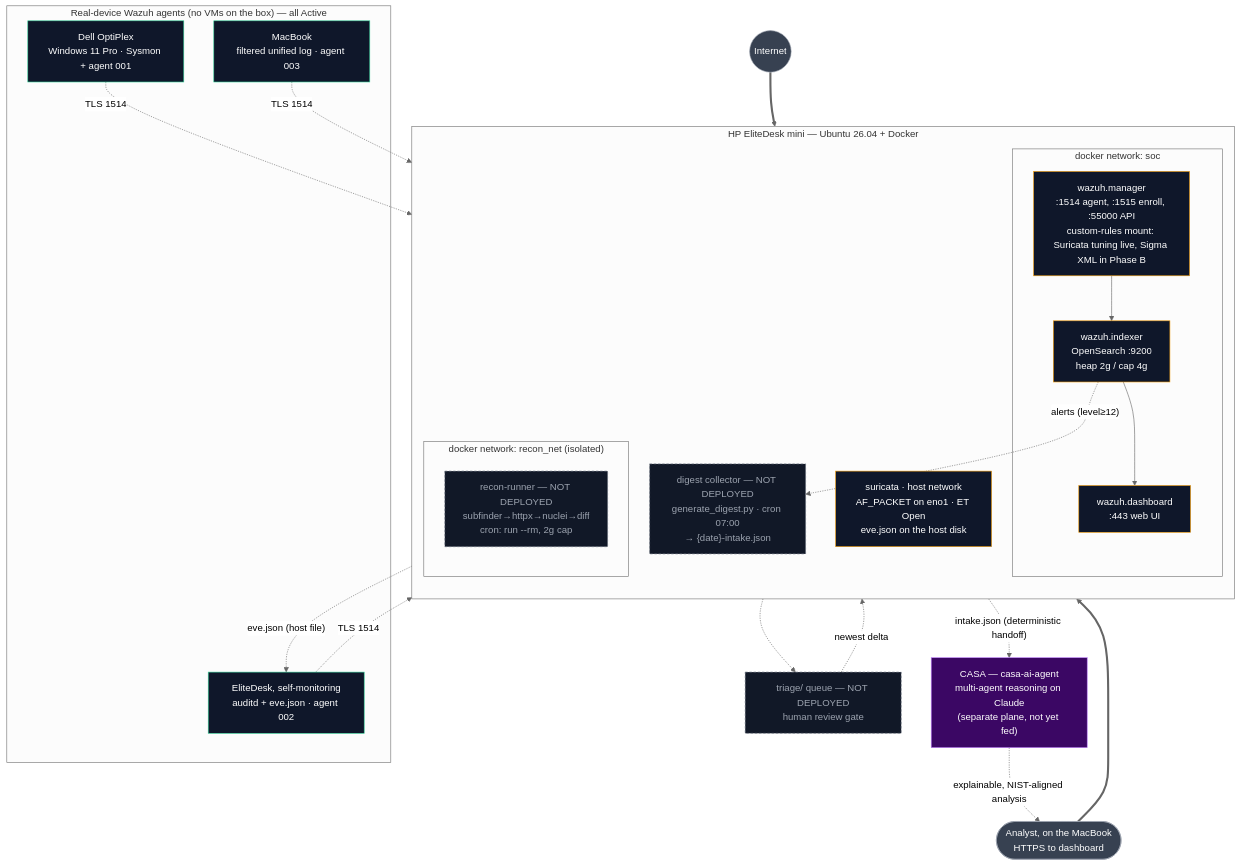
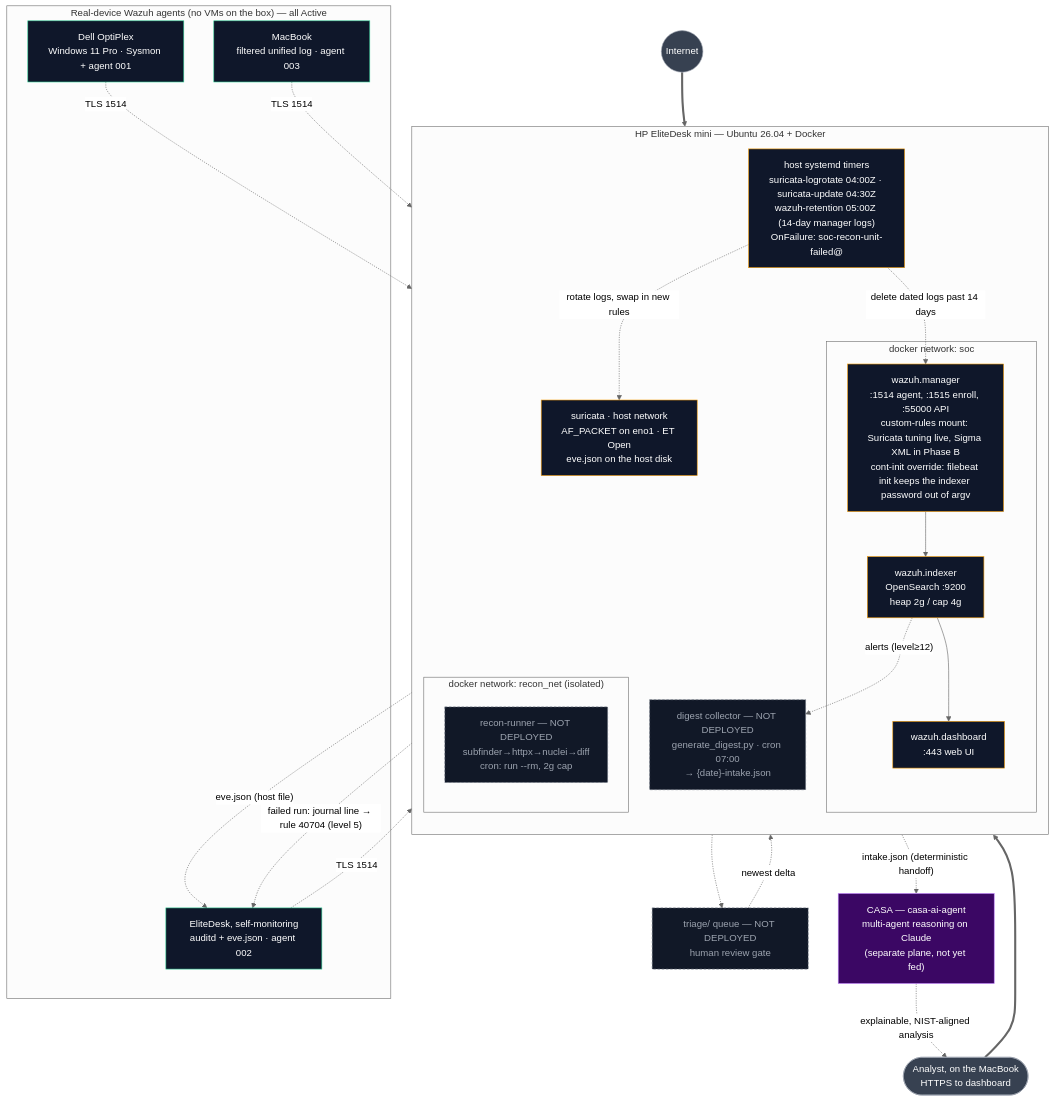
Before and after one commit to ktalons/talonsoclab: the diagram in phase-a-foundation/architecture.mmd, drawn with Mermaid (neutral theme). The commit also changed 14 other files, not shown here.

```diff
--- a/phase-a-foundation/architecture.mmd
+++ b/phase-a-foundation/architecture.mmd
@@ -1,72 +1,81 @@
 flowchart TB
 %% TalonSocLab — Phase A Foundation SOC Stack (docker-compose edition)
 %% Single source of truth for the container topology + data flow.
 %% Companion: network-topology.mmd holds the physical / L2 network (router, switch, rack).
 %% Host: HP EliteDesk mini (6-core i5, 16 GB, 256 GB NVMe) — OWNED outright.
 %% Substrate: Ubuntu Server 26.04 LTS bare-metal + Docker (no Proxmox).
 %% Legend: solid = running now · dashed edge = telemetry / handoff · grey dashed node = not deployed
 %% Deployment status verified on the box 2026-09-30: indexer, manager, dashboard, suricata and
 %%   all three agents are up. recon-runner, digest and triage exist in the repo but are NOT
 %%   running: no recon image built, no cron installed.
+%% Host timers checked 2026-10-15: three root-owned systemd oneshots (deploy/soc-recon/systemd/)
+%%   rotate Suricata's logs at 04:00Z, update ET Open at 04:30Z and delete the manager's dated
+%%   logs past 14 days at 05:00Z. A failed run starts the OnFailure handler, and the
+%%   status=1/FAILURE line reaches the manager through agent 002 as rule 40704 (level 5).
 %% PIVOT NOTE: this replaced an earlier Proxmox/pfSense/VLAN topology. It trades
 %%   network realism (pfSense, VLANs, Windows endpoint VMs) for portability +
 %%   detection breadth.
 %% Endpoints are Wazuh agents on REAL devices, not VMs — keeps the 16 GB budget clear.
 
     Internet((Internet))
 
     subgraph Host["HP EliteDesk mini — Ubuntu 26.04 + Docker"]
         direction TB
 
         subgraph SocNet["docker network: soc"]
             Indexer["wazuh.indexer<br/>OpenSearch :9200<br/>heap 2g / cap 4g"]
-            Manager["wazuh.manager<br/>:1514 agent, :1515 enroll, :55000 API<br/>custom-rules mount: Suricata tuning live, Sigma XML in Phase B"]
+            Manager["wazuh.manager<br/>:1514 agent, :1515 enroll, :55000 API<br/>custom-rules mount: Suricata tuning live, Sigma XML in Phase B<br/>cont-init override: filebeat init keeps the indexer password out of argv"]
             Dashboard["wazuh.dashboard<br/>:443 web UI"]
         end
 
         Suricata["suricata · host network<br/>AF_PACKET on eno1 · ET Open<br/>eve.json on the host disk"]
+
+        Timers["host systemd timers<br/>suricata-logrotate 04:00Z · suricata-update 04:30Z<br/>wazuh-retention 05:00Z (14-day manager logs)<br/>OnFailure: soc-recon-unit-failed@"]
 
         subgraph ReconNet["docker network: recon_net (isolated)"]
             Recon["recon-runner — NOT DEPLOYED<br/>subfinder→httpx→nuclei→diff<br/>cron: run --rm, 2g cap"]
         end
 
         Digest["digest collector — NOT DEPLOYED<br/>generate_digest.py · cron 07:00<br/>→ {date}-intake.json"]
     end
 
     subgraph Endpoints["Real-device Wazuh agents (no VMs on the box) — all Active"]
         Win["Dell OptiPlex<br/>Windows 11 Pro · Sysmon + agent 001"]
         Mac["MacBook<br/>filtered unified log · agent 003"]
         UbuntuHost["EliteDesk, self-monitoring<br/>auditd + eve.json · agent 002"]
     end
 
     Analyst(["Analyst, on the MacBook<br/>HTTPS to dashboard"])
     CASA["CASA — casa-ai-agent<br/>multi-agent reasoning on Claude<br/>(separate plane, not yet fed)"]
     Triage["triage/ queue — NOT DEPLOYED<br/>human review gate"]
 
     Internet ==> Host
     Win  -. "TLS 1514" .-> Manager
     Mac  -. "TLS 1514" .-> Manager
     UbuntuHost -. "TLS 1514" .-> Manager
     Suricata -. "eve.json (host file)" .-> UbuntuHost
+    Timers -. "rotate logs, swap in new rules" .-> Suricata
+    Timers -. "delete dated logs past 14 days" .-> Manager
+    Timers -. "failed run: journal line → rule 40704 (level 5)" .-> UbuntuHost
 
     Manager --> Indexer
     Indexer --> Dashboard
     Analyst ==> Dashboard
 
     Recon -.-> Triage
     Indexer -. "alerts (level≥12)" .-> Digest
     Triage  -. "newest delta" .-> Digest
     Digest -. "intake.json (deterministic handoff)" .-> CASA
     CASA -. "explainable, NIST-aligned analysis" .-> Analyst
 
     classDef soc fill:#0f172a,stroke:#f59e0b,color:#fff
     classDef ep fill:#0f172a,stroke:#34d399,color:#fff
     classDef ext fill:#374151,stroke:#9ca3af,color:#fff
     classDef casa fill:#3b0764,stroke:#c084fc,color:#fff
     classDef planned fill:#111827,stroke:#6b7280,color:#9ca3af,stroke-dasharray:4 3
 
-    class Indexer,Manager,Dashboard,Suricata soc
+    class Indexer,Manager,Dashboard,Suricata,Timers soc
     class Win,Mac,UbuntuHost ep
     class Internet,Analyst ext
     class Recon,Digest,Triage planned
     class CASA casa
```
